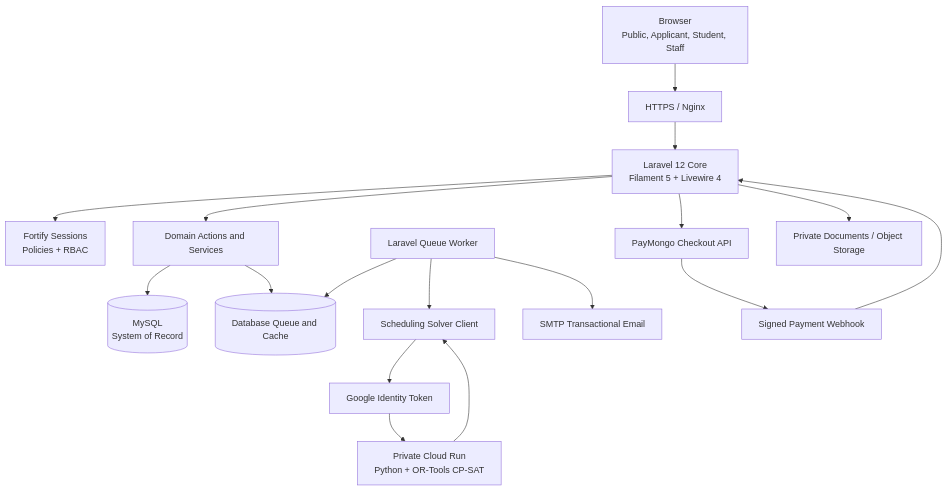
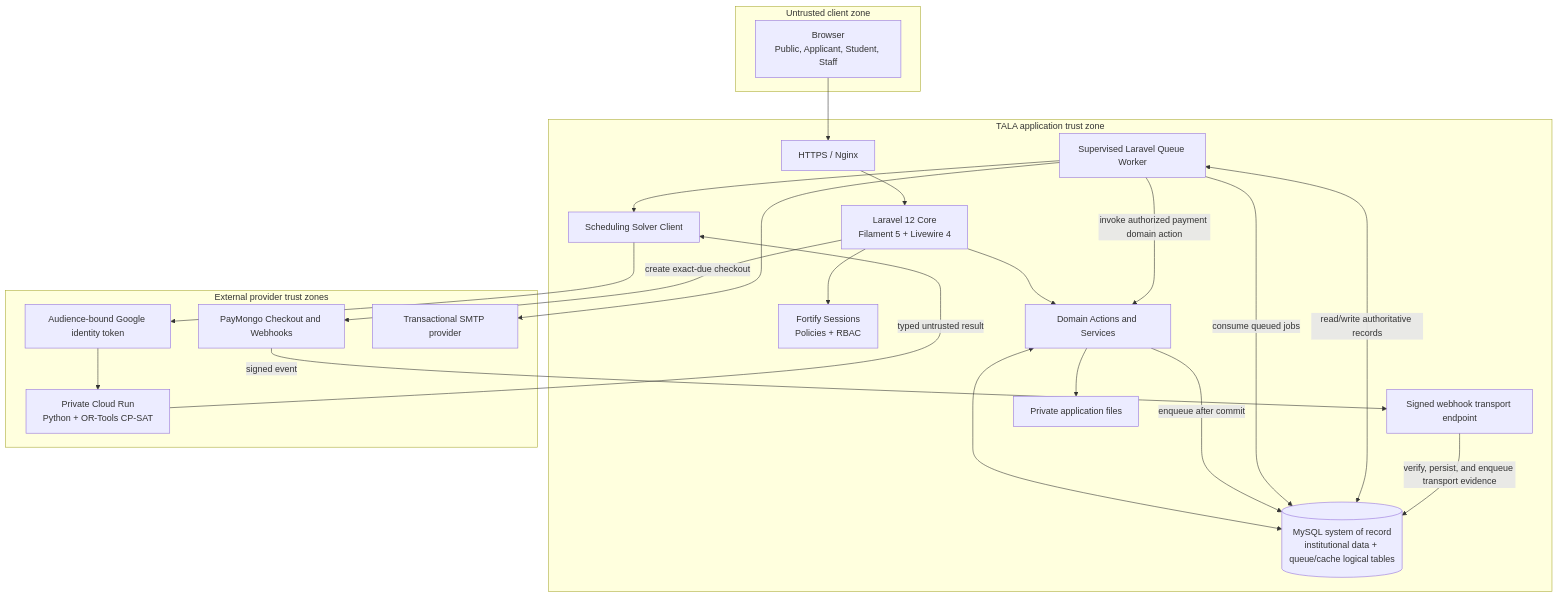
One commit to yosoykyle/SIA-TALA changed the first of 2 diagrams in 00_Project_Documents/architecture_specification.md. Above: the diagram before and after it, drawn with Mermaid. The commit also changed other lines of this file and 1 other file, not shown here.

Commit message:
docs: correct architecture facts and costing

````diff
--- a/00_Project_Documents/architecture_specification.md
+++ b/00_Project_Documents/architecture_specification.md
@@ -269,23 +272,41 @@
 ```mermaid
 flowchart TB
-    Browser["Browser<br/>Public, Applicant, Student, Staff"] --> Edge["HTTPS / Nginx"]
-    Edge --> Laravel["Laravel 12 Core<br/>Filament 5 + Livewire 4"]
+    subgraph ClientZone["Untrusted client zone"]
+        Browser["Browser<br/>Public, Applicant, Student, Staff"]
+    end
 
-    Laravel --> Auth["Fortify Sessions<br/>Policies + RBAC"]
-    Laravel --> App["Domain Actions and Services"]
-    App --> MySQL[("MySQL<br/>System of Record")]
-    App --> Queue[("Database Queue and Cache")]
+    subgraph TalaZone["TALA application trust zone"]
+        Edge["HTTPS / Nginx"]
+        Laravel["Laravel 12 Core<br/>Filament 5 + Livewire 4"]
+        Auth["Fortify Sessions<br/>Policies + RBAC"]
+        App["Domain Actions and Services"]
+        Webhook["Signed webhook transport endpoint"]
+        Worker["Supervised Laravel Queue Worker"]
+        SolverClient["Scheduling Solver Client"]
+        MySQL[("MySQL system of record<br/>institutional data + queue/cache logical tables")]
+        Storage["Private application files"]
+    end
 
-    Worker["Laravel Queue Worker"] --> Queue
-    Worker --> SolverClient["Scheduling Solver Client"]
-    SolverClient --> IAM["Google Identity Token"]
-    IAM --> Solver["Private Cloud Run<br/>Python + OR-Tools CP-SAT"]
-    Solver --> SolverClient
+    subgraph ProviderZone["External provider trust zones"]
+        IAM["Audience-bound Google identity token"]
+        Solver["Private Cloud Run<br/>Python + OR-Tools CP-SAT"]
+        PayMongo["PayMongo Checkout and Webhooks"]
+        SMTP["Transactional SMTP provider"]
+    end
 
-    Laravel --> PayMongo["PayMongo Checkout API"]
-    PayMongo --> Webhook["Signed Payment Webhook"]
-    Webhook --> Laravel
-
-    Worker --> SMTP["SMTP Transactional Email"]
-    Laravel --> Storage["Private Documents / Object Storage"]
+    Browser --> Edge --> Laravel
+    Laravel --> Auth
+    Laravel --> App
+    App <--> MySQL
+    App --> Storage
+    App -->|enqueue after commit| MySQL
+    Worker -->|consume queued jobs| MySQL
+    Worker <-->|read/write authoritative records| MySQL
+    Worker --> SolverClient --> IAM --> Solver
+    Solver -->|typed untrusted result| SolverClient
+    Laravel -->|create exact-due checkout| PayMongo
+    PayMongo -->|signed event| Webhook
+    Webhook -->|verify, persist, and enqueue transport evidence| MySQL
+    Worker -->|invoke authorized payment domain action| App
+    Worker --> SMTP
 ```
````
